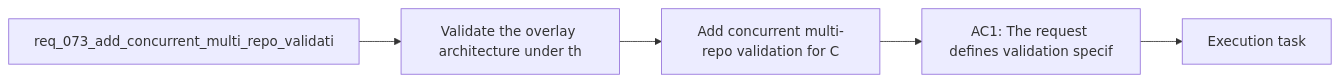
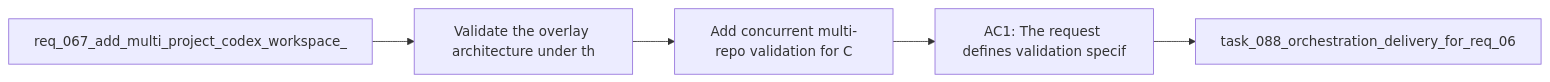
The diagram in logics/backlog/item_096_add_concurrent_multi_repo_validation_for_codex_workspace_overlays.md (AlexAgo83/logics-manager), drawn with Mermaid before and after one commit. The commit also changed other lines of this file and 481 other files, not shown here.

````diff
--- a/logics/backlog/item_096_add_concurrent_multi_repo_validation_for_codex_workspace_overlays.md
+++ b/logics/backlog/item_096_add_concurrent_multi_repo_validation_for_codex_workspace_overlays.md
@@ -22,9 +22,9 @@
 ```mermaid
 %% logics-kind: backlog
 %% logics-signature: backlog|add-concurrent-multi-repo-validation-for|req-067-add-multi-project-codex-workspac|validate-the-overlay-architecture-under-|ac1-the-request-defines-validation-speci
 flowchart LR
-    Request[req_073_add_concurrent_multi_repo_validati] --> Problem[Validate the overlay architecture under th]
+    Request[req_067_add_multi_project_codex_workspace_] --> Problem[Validate the overlay architecture under th]
     Problem --> Scope[Add concurrent multi-repo validation for C]
     Scope --> Acceptance[AC1: The request defines validation specif]
-    Acceptance --> Tasks[Execution task]
+    Acceptance --> Tasks[task_088_orchestration_delivery_for_req_06]
 ```
````
